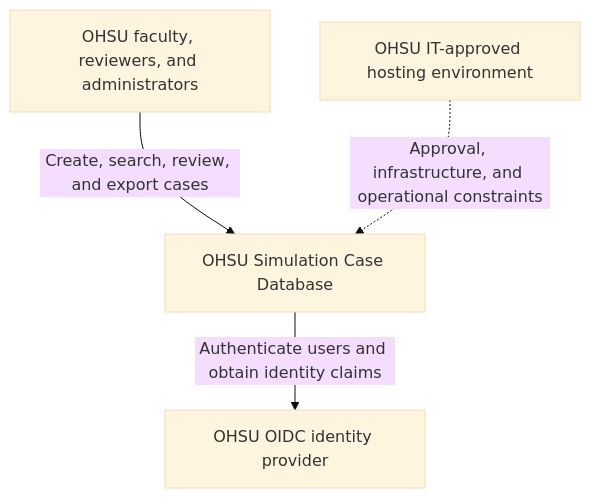
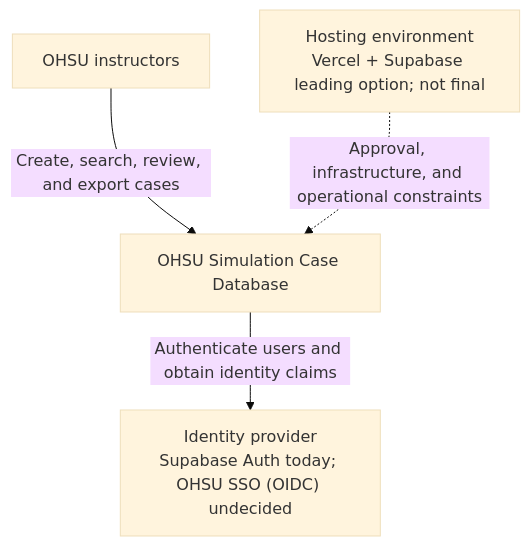
The first of 2 diagrams in docs/design.md (robekenn/OSU-Capstone-OHSU-Database), drawn with Mermaid (base theme) before and after one commit. The commit also changed other lines of this file and 6 other files, not shown here.

````diff
--- a/docs/design.md
+++ b/docs/design.md
@@ -27,11 +29,11 @@
 ```mermaid
 flowchart TB
-    users["OHSU faculty, reviewers, and administrators"]
+    users["OHSU instructors"]
     system["OHSU Simulation Case Database"]
-    oidc["OHSU OIDC identity provider"]
-    hosting["OHSU IT-approved hosting environment"]
+    idp["Identity provider\nSupabase Auth today; OHSU SSO (OIDC) undecided"]
+    hosting["Hosting environment\nVercel + Supabase leading option; not final"]
 
     users -->|Create, search, review, and export cases| system
-    system -->|Authenticate users and obtain identity claims| oidc
+    system -->|Authenticate users and obtain identity claims| idp
     hosting -.->|Approval, infrastructure, and operational constraints| system
 ```
````
